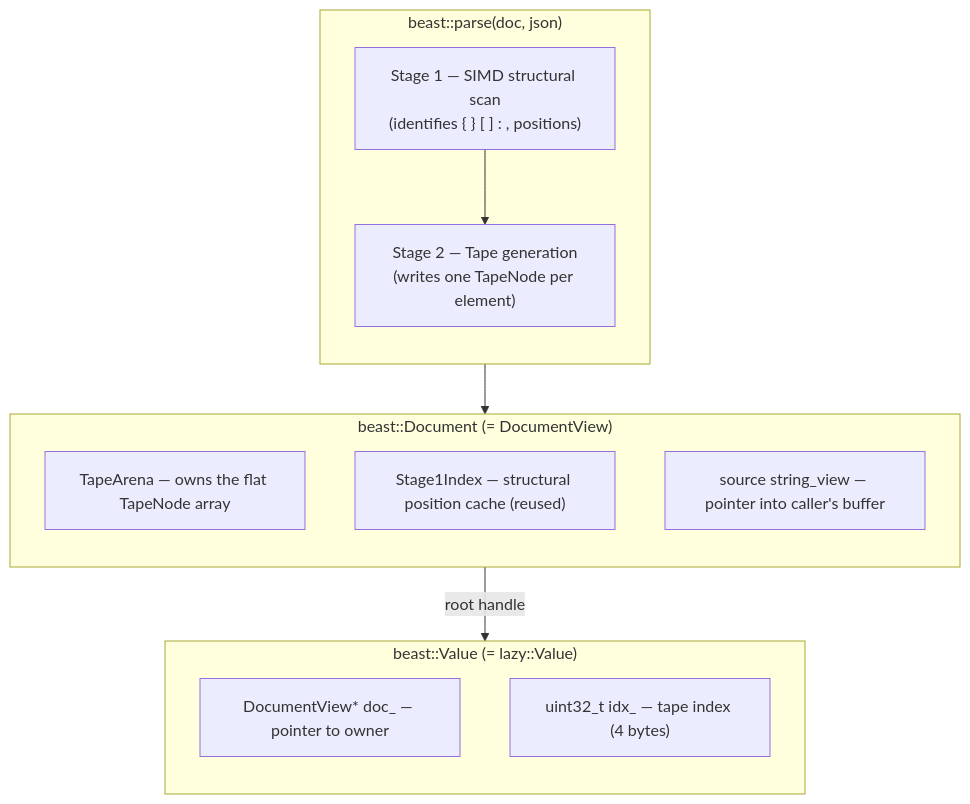
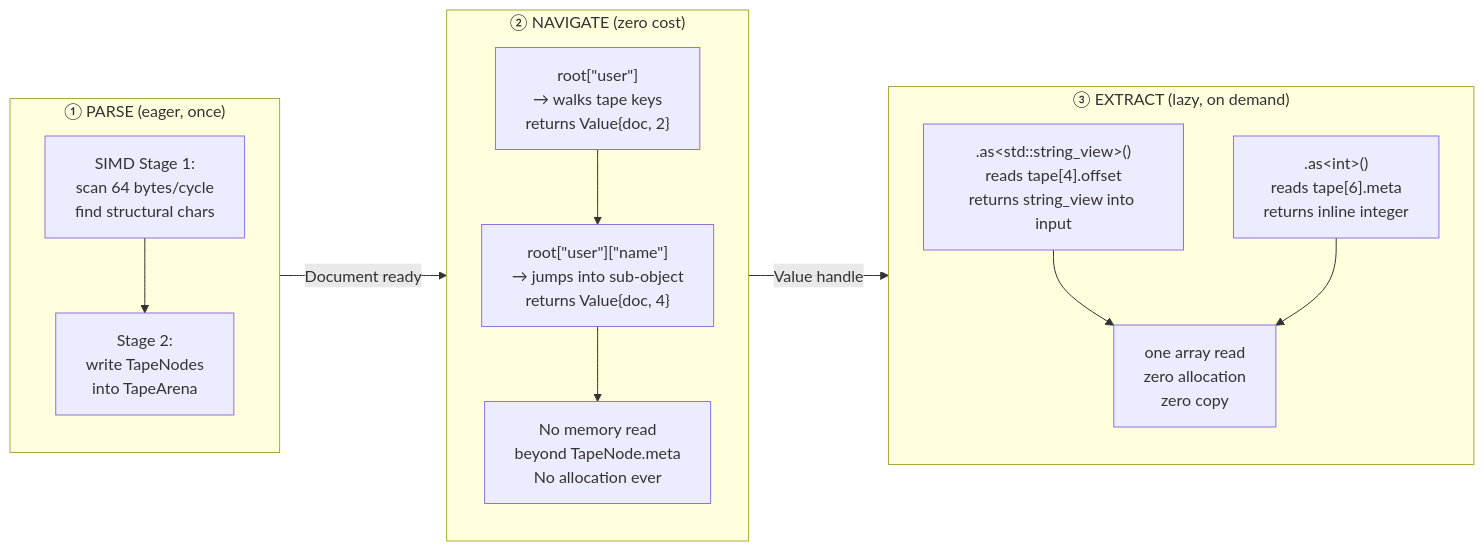
Before and after one commit to the-lkb/beast-json: the second of 8 diagrams in docs/theory/architecture.md, drawn with Mermaid. The commit also changed other lines of this file, not shown here.

First line of the commit message:
docs: complete rewrite of architecture page as proprietary Lazy Tape DOM design

````diff
--- a/docs/theory/architecture.md
+++ b/docs/theory/architecture.md
@@ -20,25 +118,28 @@
 ```mermaid
-flowchart TB
-    subgraph PARSE["beast::parse(doc, json)"]
+flowchart LR
+    subgraph PHASE1["① PARSE  (eager, once)"]
         direction TB
-        P1["Stage 1 — SIMD structural scan<br/>(identifies { } [ ] : , positions)"]
-        P2["Stage 2 — Tape generation<br/>(writes one TapeNode per element)"]
+        P1["SIMD Stage 1:<br/>scan 64 bytes/cycle<br/>find structural chars"]
+        P2["Stage 2:<br/>write TapeNodes<br/>into TapeArena"]
         P1 --> P2
     end
 
-    subgraph DOC["beast::Document (= DocumentView)"]
+    subgraph PHASE2["② NAVIGATE  (zero cost)"]
         direction TB
-        D1["TapeArena — owns the flat TapeNode array"]
-        D2["Stage1Index — structural position cache (reused)"]
-        D3["source string_view — pointer into caller's buffer"]
+        N1["root[#quot;user#quot;]<br/>→ walks tape keys<br/>returns Value{doc, 2}"]
+        N2["root[#quot;user#quot;][#quot;name#quot;]<br/>→ jumps into sub-object<br/>returns Value{doc, 4}"]
+        N3["No memory read<br/>beyond TapeNode.meta<br/>No allocation ever"]
+        N1 --> N2 --> N3
     end
 
-    subgraph VAL["beast::Value (= lazy::Value)"]
+    subgraph PHASE3["③ EXTRACT  (lazy, on demand)"]
         direction TB
-        V1["DocumentView* doc_ — pointer to owner"]
-        V2["uint32_t idx_ — tape index (4 bytes)"]
+        E1[".as&lt;std::string_view&gt;()<br/>reads tape[4].offset<br/>returns string_view into input"]
+        E2[".as&lt;int&gt;()<br/>reads tape[6].meta<br/>returns inline integer"]
+        E3["one array read<br/>zero allocation<br/>zero copy"]
+        E1 & E2 --> E3
     end
 
-    PARSE --> DOC
-    DOC -->|"root handle"| VAL
+    PHASE1 -->|"Document ready"| PHASE2
+    PHASE2 -->|"Value handle"| PHASE3
 ```
````
